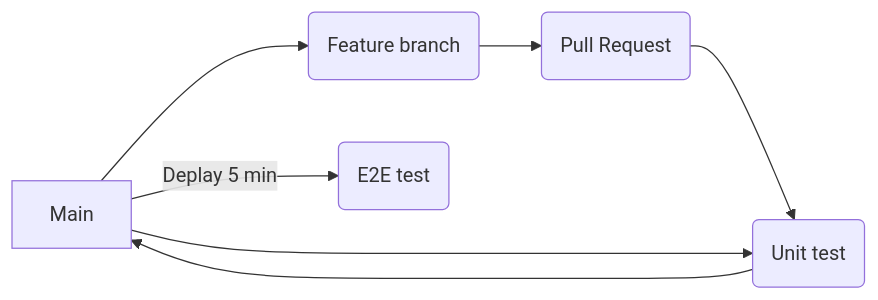
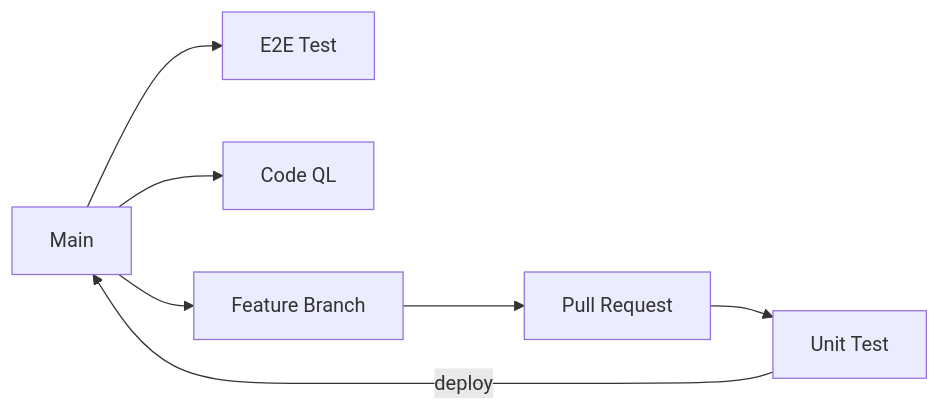
The second of 2 diagrams in readme.md (juanjosenavarro13/frontend-juanjosenavarroes), drawn with Mermaid before and after one commit.

````diff
--- a/readme.md
+++ b/readme.md
@@ -23,10 +23,16 @@
 ```mermaid
 flowchart LR
-    main[Main] --> featureBranch(Feature branch)
+    main[Main]
+    e2etest[E2E Test]
+    unittest[Unit Test]
+    codeQl[Code QL]
+    featureBranch[Feature Branch]
+    pr[Pull Request]
+
+    main --> featureBranch
     featureBranch --> pr
-    pr(Pull Request) --> githubUnitTest
-    githubUnitTest(Unit test) --> main
-    main --> githubUnitTest(Unit test)
-    main --> |Deplay 5 min| githubE2ETest(E2E test)
-
+    pr --> unittest
+    unittest -->|deploy| main
+    main --> e2etest
+    main --> codeQl
 ```
````
